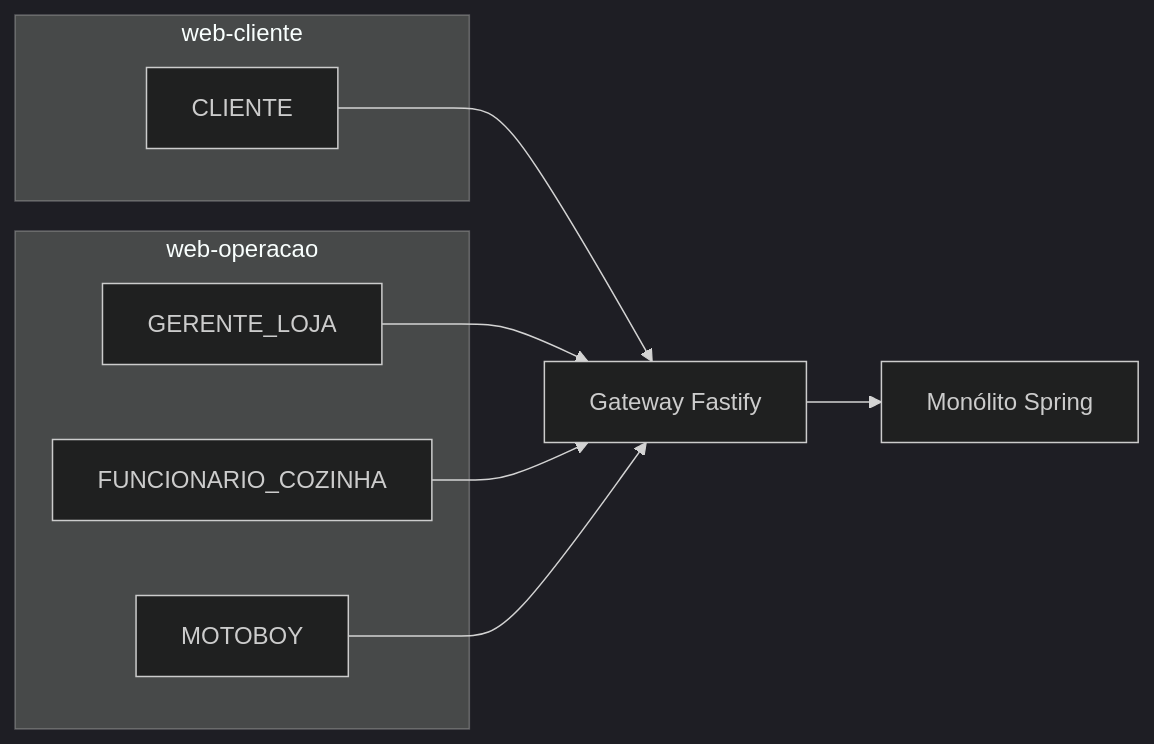
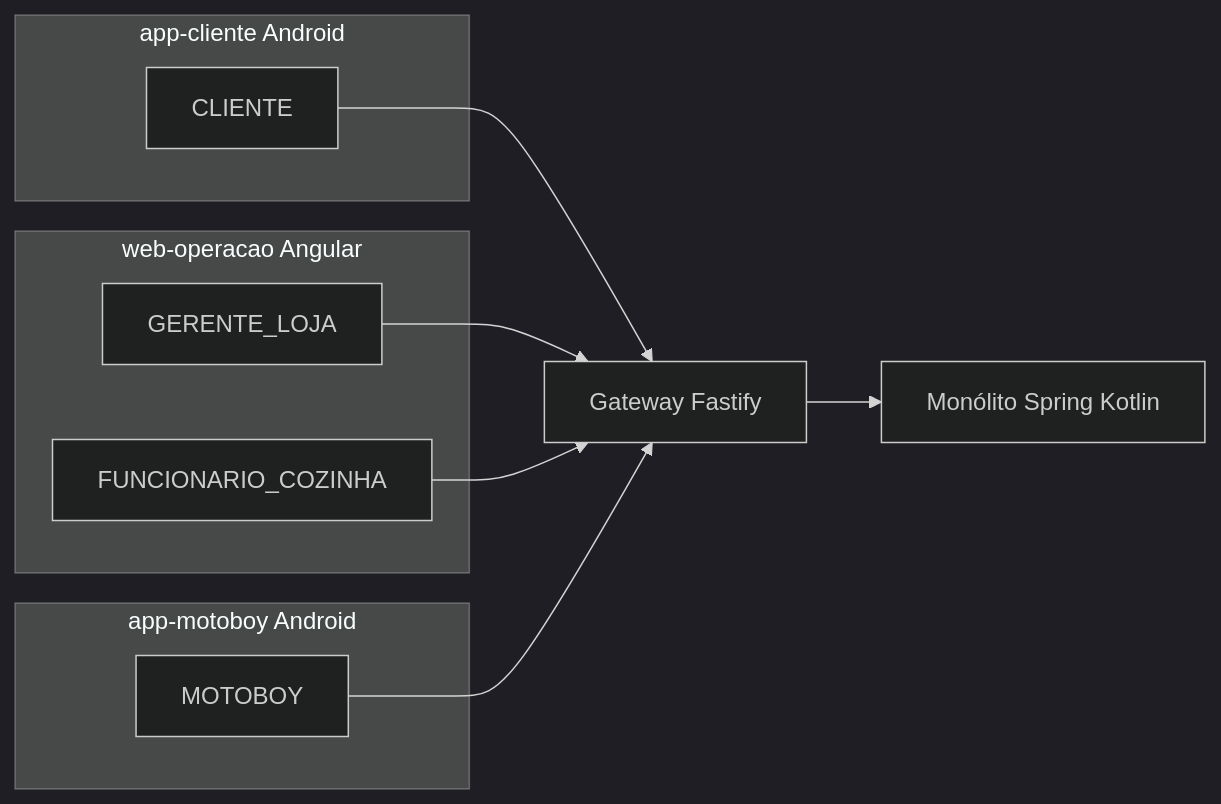
Before and after one commit to umishell/VEGGO: the first of 5 diagrams in foundation/pitch_delivery.md, drawn with Mermaid (dark theme). The commit also changed other lines of this file and 39 other files, not shown here.

````diff
--- a/foundation/pitch_delivery.md
+++ b/foundation/pitch_delivery.md
@@ -61,18 +62,20 @@
 ```mermaid
 flowchart LR
-  subgraph webCliente [web-cliente]
+  subgraph appCliente [app-cliente Android]
     C[CLIENTE]
   end
-  subgraph webOperacao [web-operacao]
+  subgraph webOperacao [web-operacao Angular]
     G[GERENTE_LOJA]
     K[FUNCIONARIO_COZINHA]
+  end
+  subgraph appMotoboy [app-motoboy Android]
     M[MOTOBOY]
   end
   GW[Gateway Fastify]
-  API[Monólito Spring]
+  API[Monólito Spring Kotlin]
   C --> GW
   G --> GW
   K --> GW
   M --> GW
   GW --> API
 ```
````
